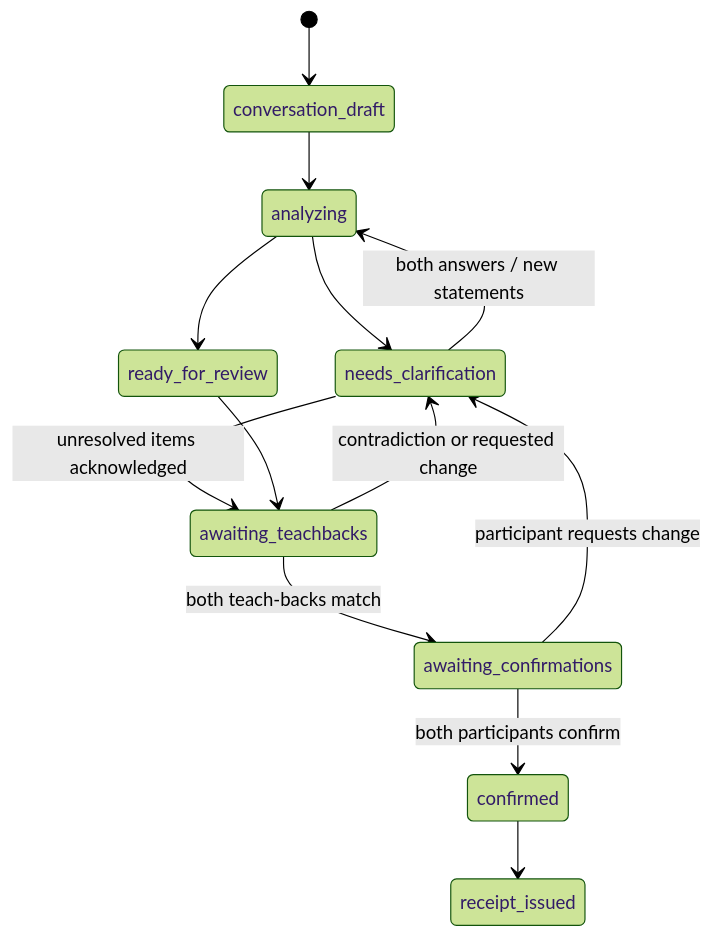
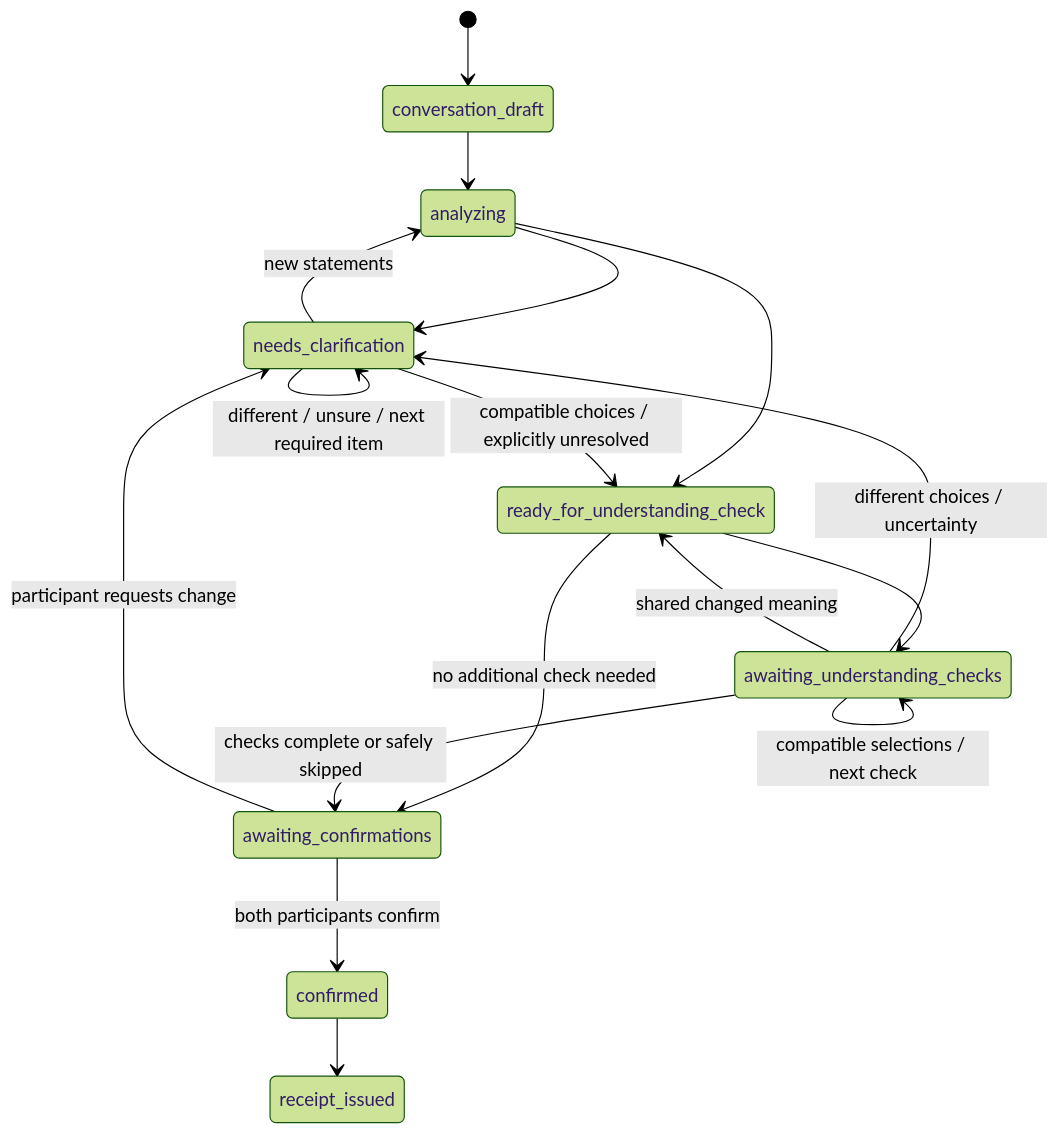
Before and after one commit to SarangMarkandey/meaning-sync: the second of 2 diagrams in docs/architecture.md, drawn with Mermaid (forest theme). The commit also changed other lines of this file and 34 other files, not shown here.

Commit message:
feat: add choice-based clarification and understanding flow

````diff
--- a/docs/architecture.md
+++ b/docs/architecture.md
@@ -31,15 +33,19 @@
 ```mermaid
 stateDiagram-v2
   [*] --> conversation_draft
   conversation_draft --> analyzing
   analyzing --> needs_clarification
-  analyzing --> ready_for_review
-  needs_clarification --> analyzing: both answers / new statements
-  needs_clarification --> awaiting_teachbacks: unresolved items acknowledged
-  ready_for_review --> awaiting_teachbacks
-  awaiting_teachbacks --> needs_clarification: contradiction or requested change
-  awaiting_teachbacks --> awaiting_confirmations: both teach-backs match
+  analyzing --> ready_for_understanding_check
+  needs_clarification --> needs_clarification: different / unsure / next required item
+  needs_clarification --> ready_for_understanding_check: compatible choices / explicitly unresolved
+  needs_clarification --> analyzing: new statements
+  ready_for_understanding_check --> awaiting_understanding_checks
+  ready_for_understanding_check --> awaiting_confirmations: no additional check needed
+  awaiting_understanding_checks --> needs_clarification: different choices / uncertainty
+  awaiting_understanding_checks --> awaiting_understanding_checks: compatible selections / next check
+  awaiting_understanding_checks --> ready_for_understanding_check: shared changed meaning
+  awaiting_understanding_checks --> awaiting_confirmations: checks complete or safely skipped
   awaiting_confirmations --> needs_clarification: participant requests change
   awaiting_confirmations --> confirmed: both participants confirm
   confirmed --> receipt_issued
 ```
````
